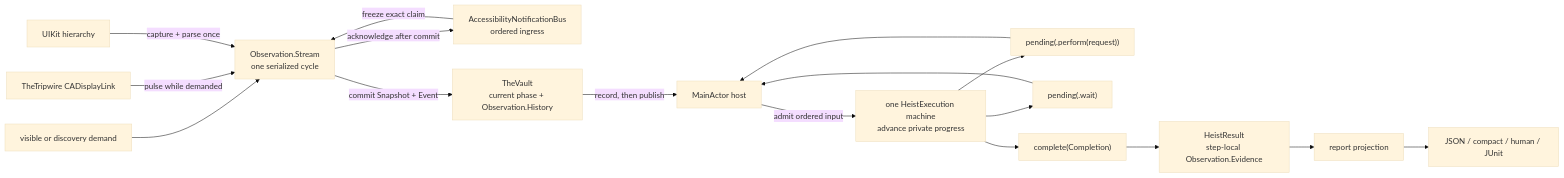
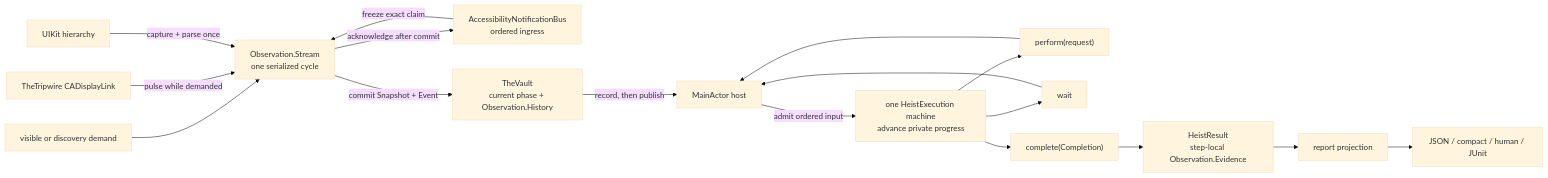
The diagram in docs/diagrams/observation-pipeline.md (RoyalPineapple/TheButtonHeist), drawn with Mermaid (base theme) before and after one commit. The commit also changed 22 other files, not shown here.

````diff
--- a/docs/diagrams/observation-pipeline.md
+++ b/docs/diagrams/observation-pipeline.md
@@ -9,19 +9,19 @@
 ```mermaid
 flowchart LR
     Demand["visible or discovery demand"] --> Stream["Observation.Stream<br/>one serialized cycle"]
     Link["TheTripwire CADisplayLink"] -->|"pulse while demanded"| Stream
     Notice["AccessibilityNotificationBus<br/>ordered ingress"] -->|"freeze exact claim"| Stream
     UIKit["UIKit hierarchy"] -->|"capture + parse once"| Stream
     Stream -->|"commit Snapshot + Event"| Vault["TheVault<br/>current phase + Observation.History"]
     Vault -->|"record, then publish"| Host["MainActor host"]
     Host -->|"admit ordered input"| Machine["one HeistExecution machine<br/>advance private progress"]
-    Machine --> Perform["pending(.perform(request))"]
-    Machine --> Wait["pending(.wait)"]
+    Machine --> Perform["perform(request)"]
+    Machine --> Wait["wait"]
     Machine --> Complete["complete(Completion)"]
     Perform --> Host
     Wait --> Host
     Complete --> Result["HeistResult<br/>step-local Observation.Evidence"]
     Result --> Report["report projection"]
     Report --> Render["JSON / compact / human / JUnit"]
     Stream -->|"acknowledge after commit"| Notice
 ```
````
